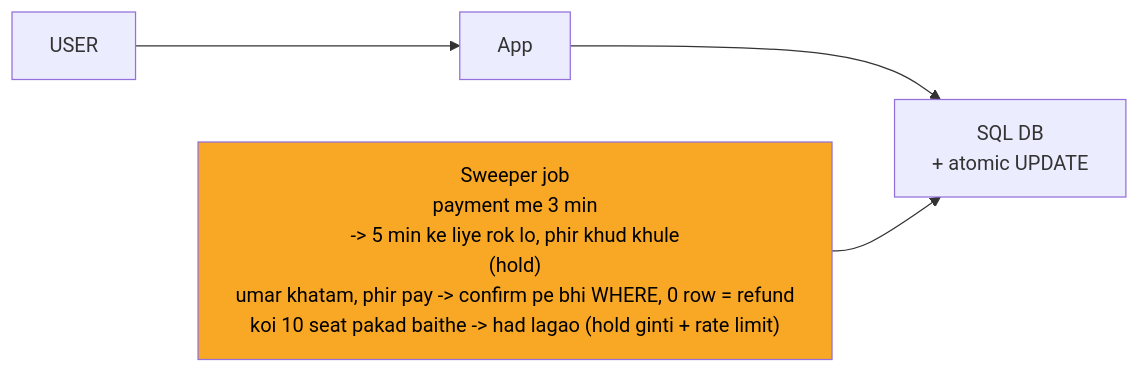
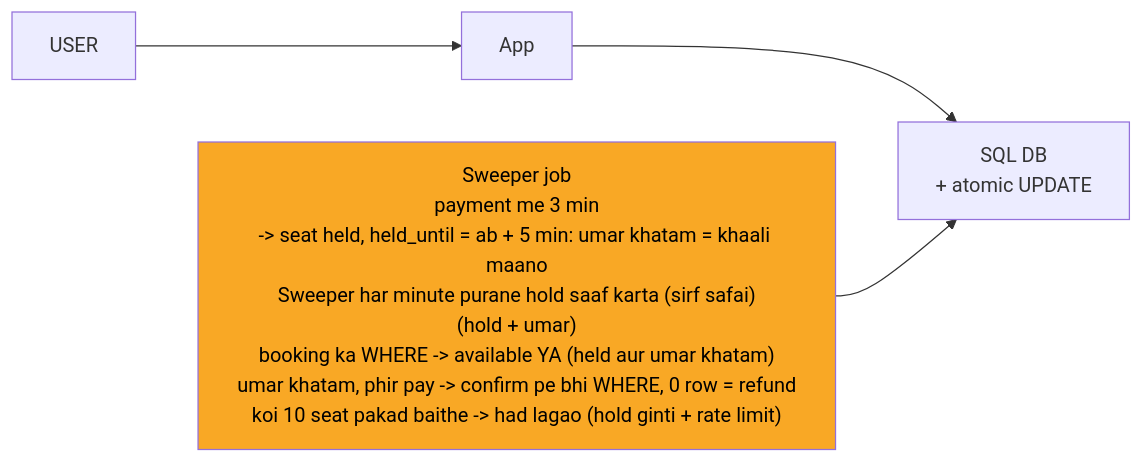
One commit to ArpanMaheshwari144/Prep changed the third of 9 diagrams in 04_HLD/SYSTEM_DESIGNS/09_bookmyshow/09_bookmyshow_INTERVIEW.md. Above: the diagram before and after it, drawn with Mermaid. The commit also changed other lines of this file and 13 other files, not shown here.

````diff
--- a/04_HLD/SYSTEM_DESIGNS/09_bookmyshow/09_bookmyshow_INTERVIEW.md
+++ b/04_HLD/SYSTEM_DESIGNS/09_bookmyshow/09_bookmyshow_INTERVIEW.md
@@ -125,12 +129,12 @@
 ```mermaid
 %%{init: {"flowchart": {"wrappingWidth": 450}}}%%
 flowchart LR
     n_USER["USER"]
     n_App["App"]
     n_SQL_DB["SQL DB<br/>+ atomic UPDATE"]
-    n_Sweeper_job["Sweeper job<br/>payment me 3 min<br/>-> 5 min ke liye rok lo, phir khud khule<br/>(hold)<br/>umar khatam, phir pay -> confirm pe bhi WHERE, 0 row = refund<br/>koi 10 seat pakad baithe -> had lagao (hold ginti + rate limit)"]
+    n_Sweeper_job["Sweeper job<br/>payment me 3 min<br/>-> seat held, held_until = ab + 5 min: umar khatam = khaali maano<br/>Sweeper har minute purane hold saaf karta (sirf safai)<br/>(hold + umar)<br/>booking ka WHERE -> available YA (held aur umar khatam)<br/>umar khatam, phir pay -> confirm pe bhi WHERE, 0 row = refund<br/>koi 10 seat pakad baithe -> had lagao (hold ginti + rate limit)"]
     n_USER --> n_App
     n_App --> n_SQL_DB
     n_Sweeper_job --> n_SQL_DB
     style n_Sweeper_job fill:#f9a825,color:#000
 ```
````
